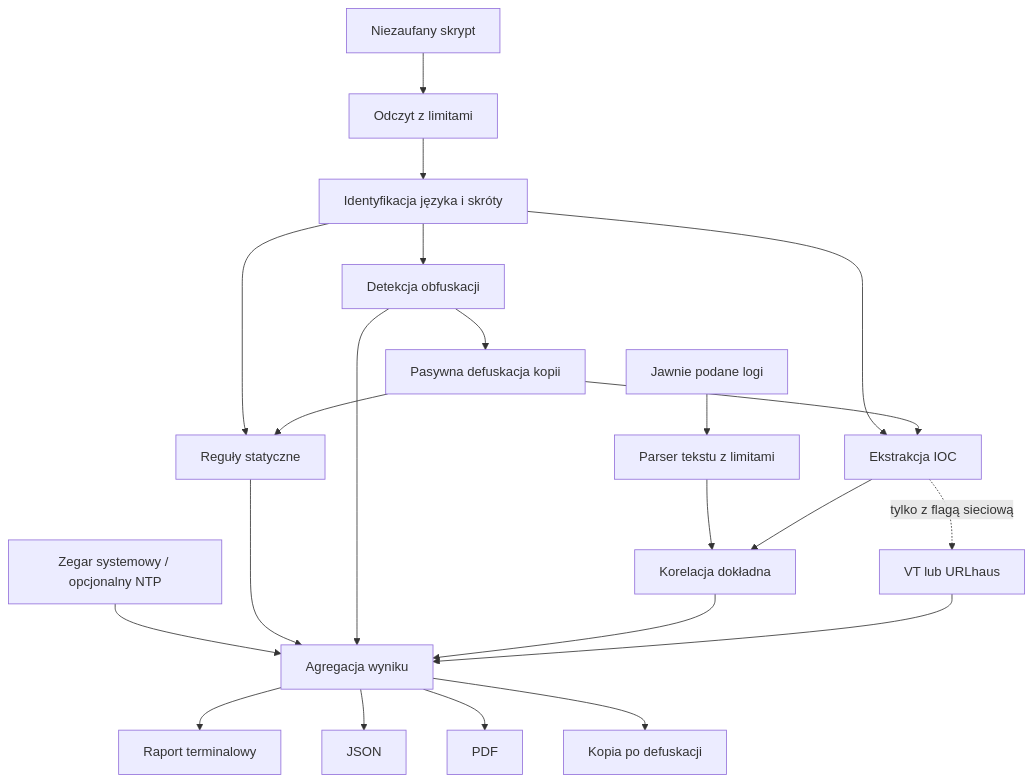
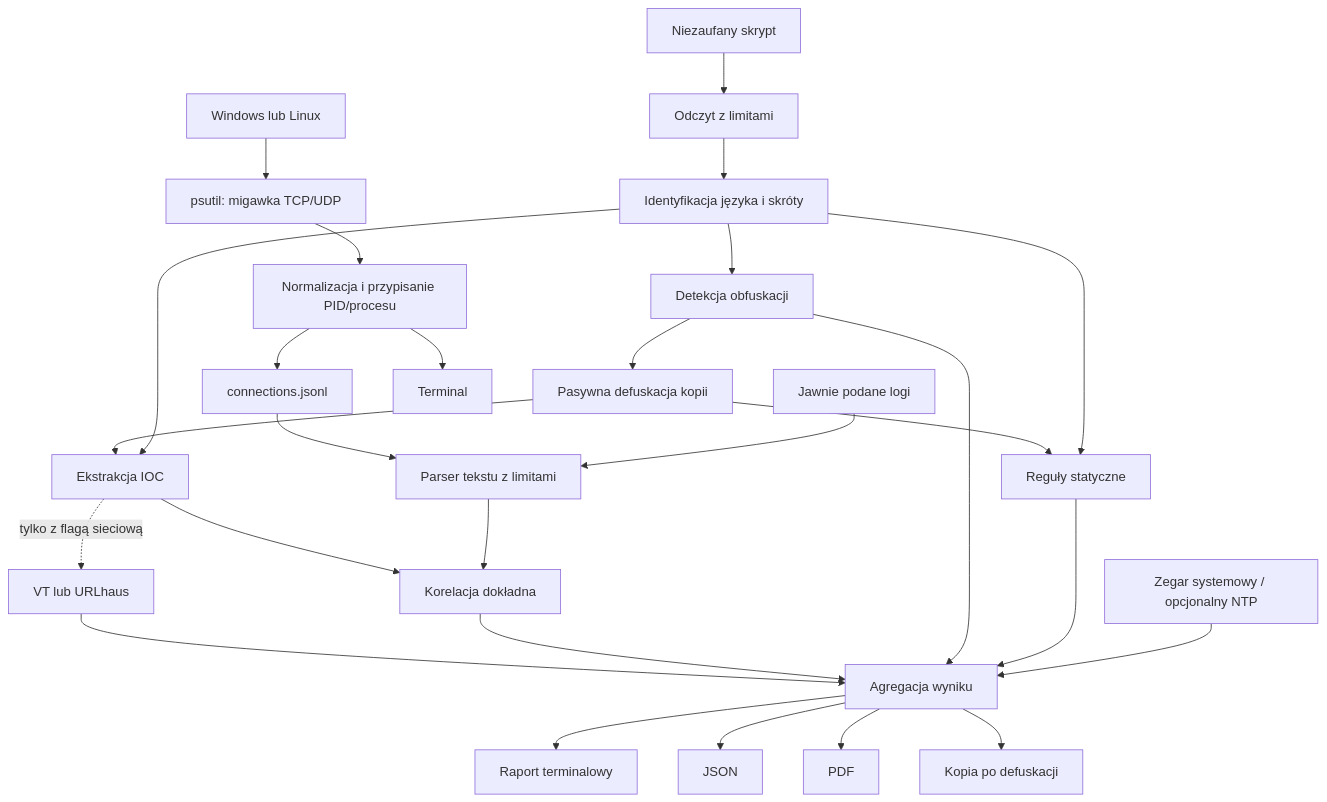
The diagram in docs/ARCHITECTURE.md (KawalChlopa/ScriptScanner), drawn with Mermaid before and after one commit. The commit also changed other lines of this file and 37 other files, not shown here.

````diff
--- a/docs/ARCHITECTURE.md
+++ b/docs/ARCHITECTURE.md
@@ -12,24 +12,29 @@
 ```mermaid
 flowchart TD
     A[Niezaufany skrypt] --> B[Odczyt z limitami]
     B --> C[Identyfikacja języka i skróty]
     C --> D[Detekcja obfuskacji]
     D --> E[Pasywna defuskacja kopii]
     C --> F[Reguły statyczne]
     E --> F
     C --> G[Ekstrakcja IOC]
     E --> G
     H[Jawnie podane logi] --> I[Parser tekstu z limitami]
     I --> J[Korelacja dokładna]
     G --> J
     G -. tylko z flagą sieciową .-> K[VT lub URLhaus]
     L[Zegar systemowy / opcjonalny NTP] --> M[Agregacja wyniku]
     F --> M
     D --> M
     J --> M
     K --> M
     M --> N[Raport terminalowy]
     M --> O[JSON]
     M --> P[PDF]
     M --> Q[Kopia po defuskacji]
+    R[Windows lub Linux] --> S[psutil: migawka TCP/UDP]
+    S --> T[Normalizacja i przypisanie PID/procesu]
+    T --> U[Terminal]
+    T --> V[connections.jsonl]
+    V --> I
 ```
````
